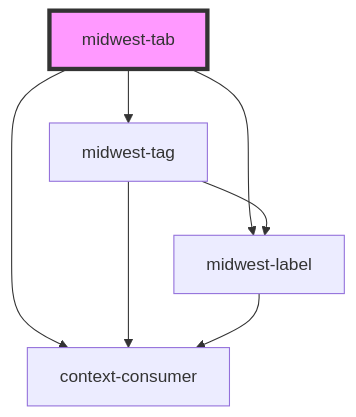
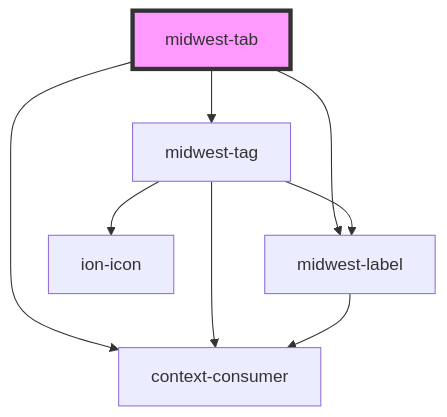
Before and after one commit to splitinfinities/Midwest: the diagram in packages/core/docs/components/common/tab/readme.md, drawn with Mermaid. The commit also changed 388 other files, not shown here.

````diff
--- a/packages/core/docs/components/common/tab/readme.md
+++ b/packages/core/docs/components/common/tab/readme.md
@@ -56,10 +56,11 @@
 ```mermaid
 graph TD;
   midwest-tab --> midwest-tag
   midwest-tab --> midwest-label
   midwest-tab --> context-consumer
+  midwest-tag --> ion-icon
   midwest-tag --> midwest-label
   midwest-tag --> context-consumer
   midwest-label --> context-consumer
   style midwest-tab fill:#f9f,stroke:#333,stroke-width:4px
 ```
````
